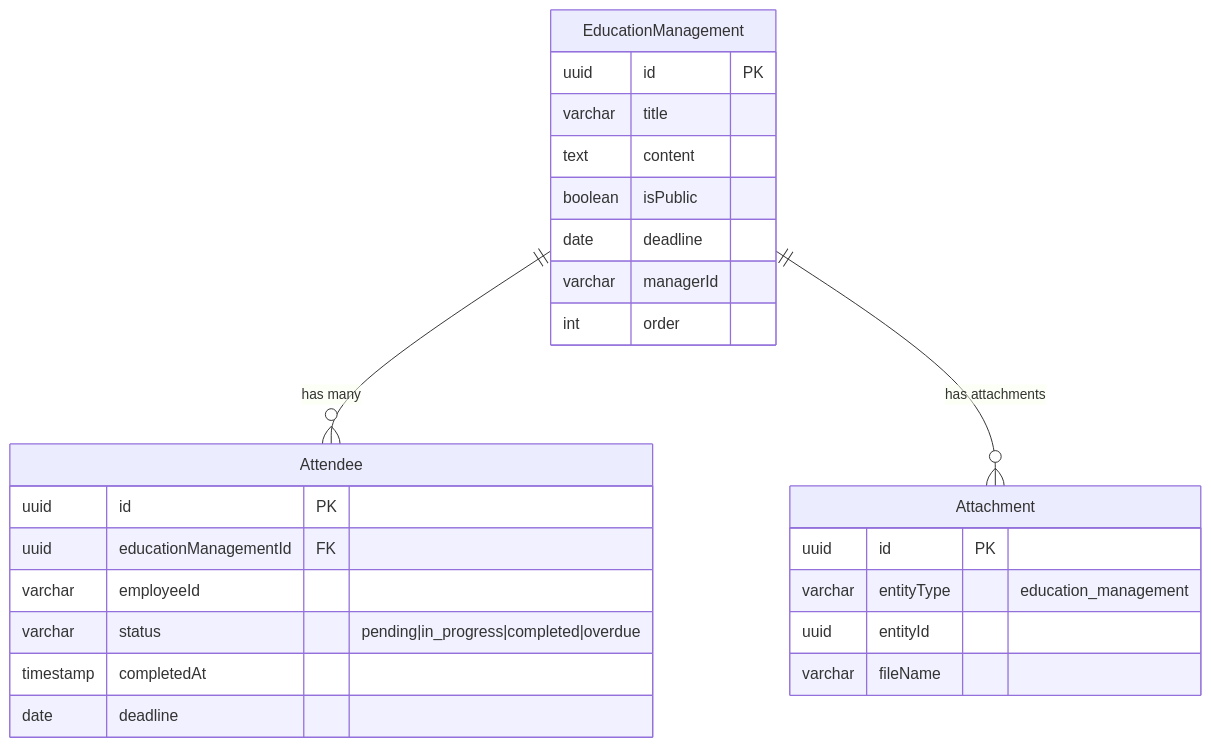
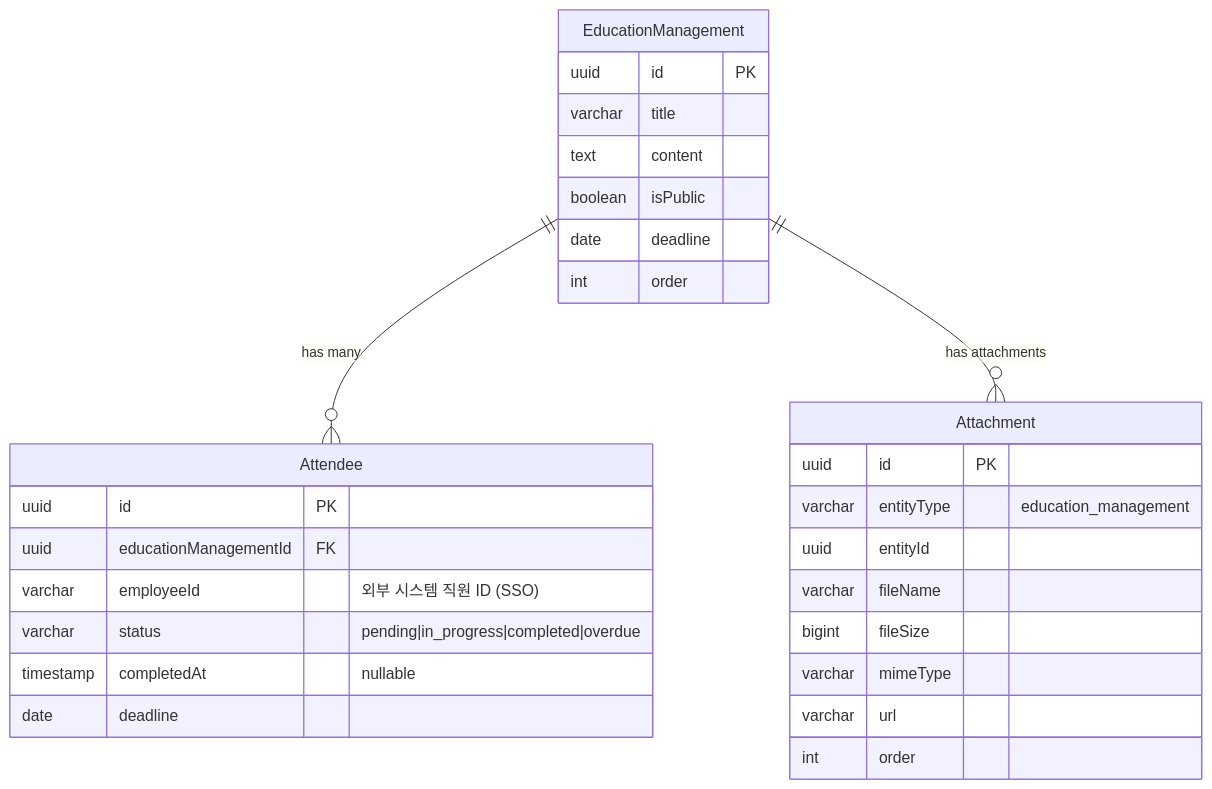
Before and after one commit to GTD-web/Back_ContentsManagementSystem: the sixth of 7 diagrams in docs/er-diagram.md, drawn with Mermaid. The commit also changed other lines of this file and 1 other file, not shown here.

````diff
--- a/docs/er-diagram.md
+++ b/docs/er-diagram.md
@@ -562,31 +716,34 @@
 ```mermaid
 erDiagram
     EducationManagement {
         uuid id PK
         varchar title
         text content
         boolean isPublic
         date deadline
-        varchar managerId
         int order
     }
     
     Attendee {
         uuid id PK
         uuid educationManagementId FK
-        varchar employeeId
+        varchar employeeId "외부 시스템 직원 ID (SSO)"
         varchar status "pending|in_progress|completed|overdue"
-        timestamp completedAt
+        timestamp completedAt "nullable"
         date deadline
     }
     
     Attachment {
         uuid id PK
         varchar entityType "education_management"
         uuid entityId
         varchar fileName
+        bigint fileSize
+        varchar mimeType
+        varchar url
+        int order
     }
     
     EducationManagement ||--o{ Attendee : "has many"
     EducationManagement ||--o{ Attachment : "has attachments"
 ```
````
